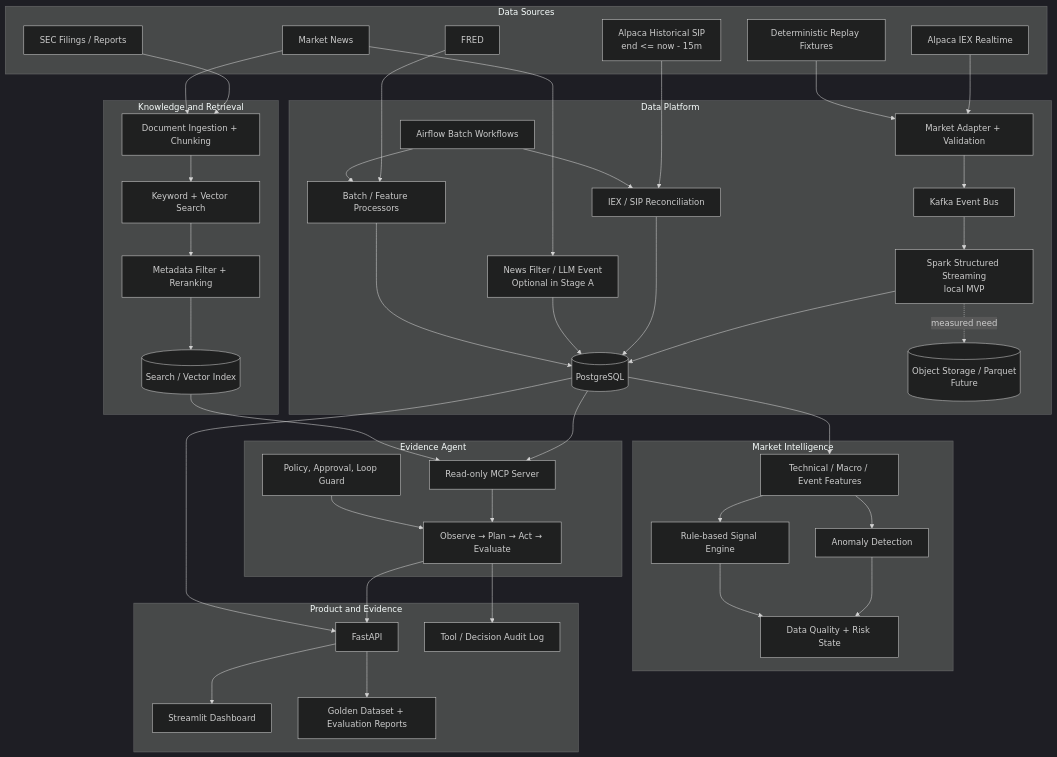
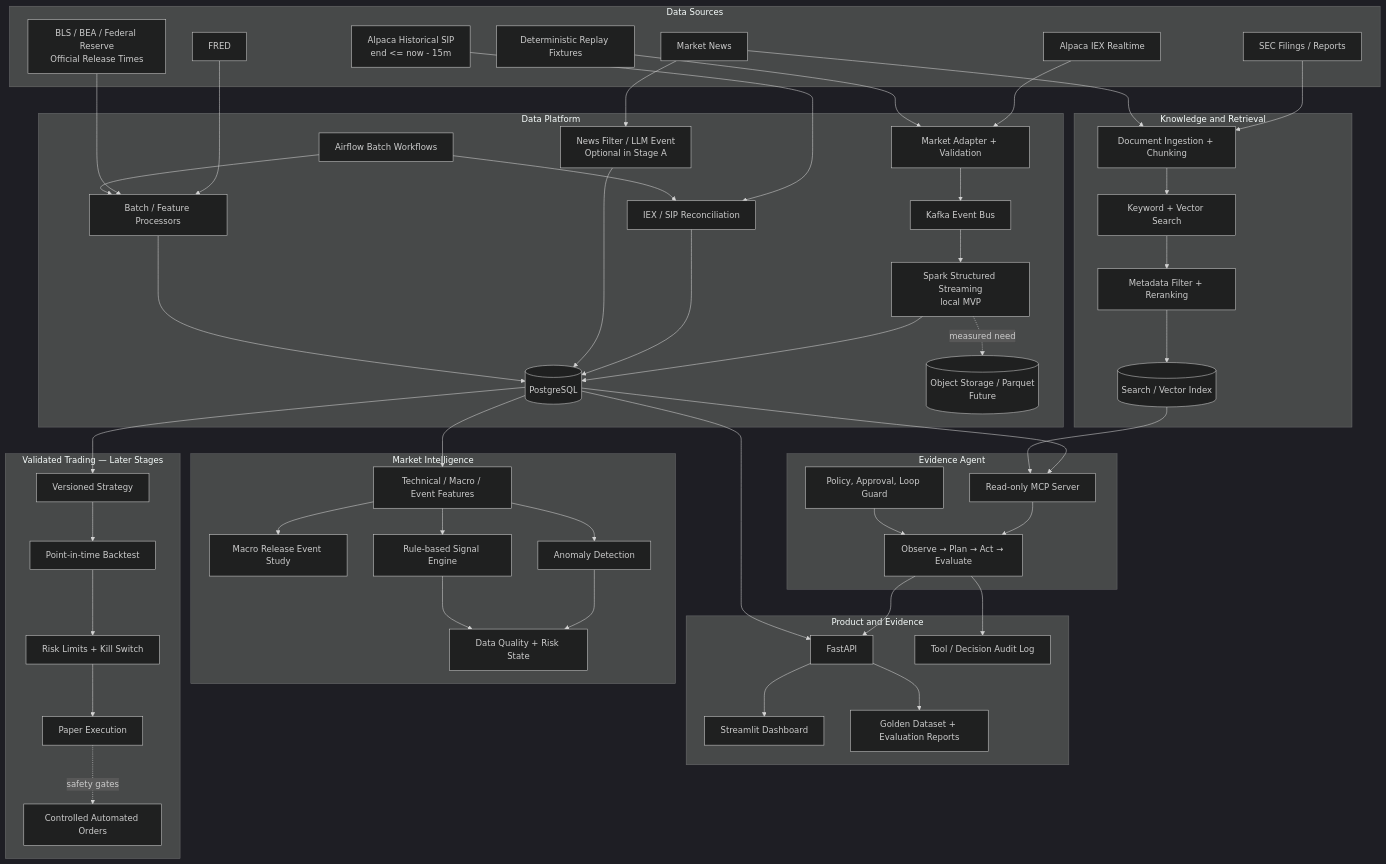
The first of 2 diagrams in docs/final-vision.md (hjh6709/us-market-intelligence-pipeline), drawn with Mermaid (dark theme) before and after one commit. The commit also changed other lines of this file and 18 other files, not shown here.

````diff
--- a/docs/final-vision.md
+++ b/docs/final-vision.md
@@ -51,6 +72,7 @@
       Market["Alpaca IEX Realtime"]
       MarketSIP["Alpaca Historical SIP\nend <= now - 15m"]
       Macro["FRED"]
+      Releases["BLS / BEA / Federal Reserve\nOfficial Release Times"]
       News["Market News"]
       Filings["SEC Filings / Reports"]
       Replay["Deterministic Replay Fixtures"]
@@ -70,6 +92,7 @@
 
     subgraph Intelligence["Market Intelligence"]
       Features["Technical / Macro / Event Features"]
+      Impact["Macro Release Event Study"]
       Anomaly["Anomaly Detection"]
       Signal["Rule-based Signal Engine"]
       Risk["Data Quality + Risk State"]
@@ -95,6 +118,14 @@
       Audit["Tool / Decision Audit Log"]
     end
 
+    subgraph Trading["Validated Trading — Later Stages"]
+      Strategy["Versioned Strategy"]
+      Backtest["Point-in-time Backtest"]
+      TradeRisk["Risk Limits + Kill Switch"]
+      Paper["Paper Execution"]
+      Live["Controlled Automated Orders"]
+    end
+
     Market --> MarketAdapter
     Replay --> MarketAdapter
     MarketAdapter --> Kafka --> Spark --> Postgres
@@ -102,6 +133,7 @@
     Airflow --> Reconcile --> Postgres
     News --> NewsProcessor --> Postgres
     Macro --> Processors
+    Releases --> Processors
     Airflow --> Processors --> Postgres
     Filings --> Ingest
     News --> Ingest
@@ -109,6 +141,7 @@
     Spark -. measured need .-> Archive
 
     Postgres --> Features --> Anomaly
+    Features --> Impact
     Features --> Signal
     Anomaly --> Risk
     Signal --> Risk
@@ -121,4 +154,6 @@
     Postgres --> API --> Dashboard
     Agent --> Audit
     API --> Eval
+    Postgres --> Strategy --> Backtest --> TradeRisk --> Paper
+    Paper -. safety gates .-> Live
 ```
````
